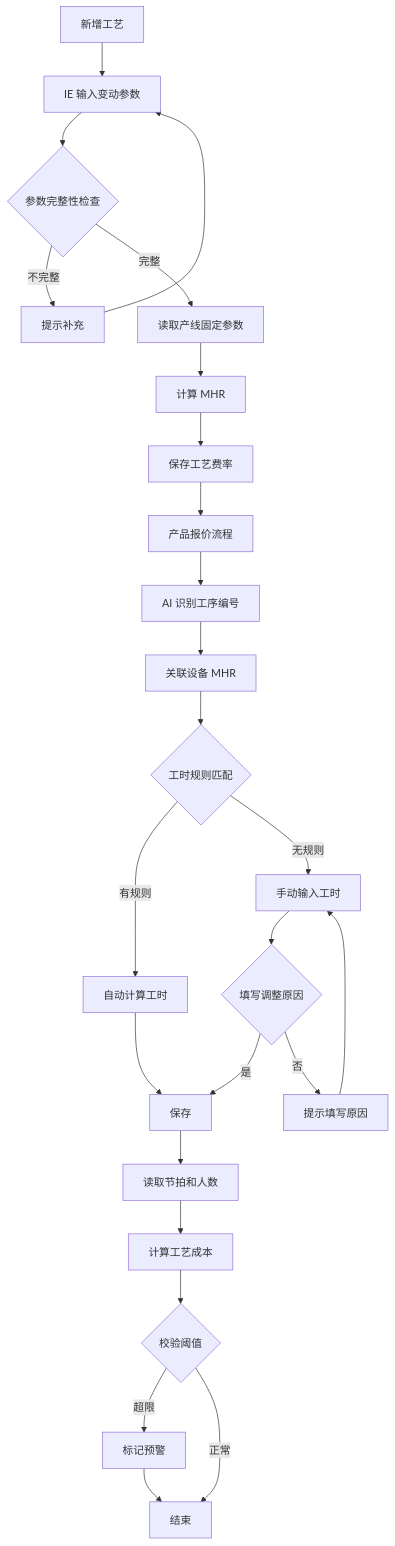
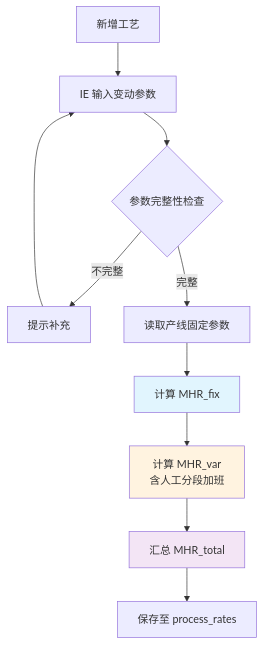
The first of 3 diagrams in docs/工艺成本计算逻辑.md (randyluo85/Quoting-Copilot), drawn with Mermaid before and after one commit. The commit also changed other lines of this file, not shown here.

````diff
--- a/docs/工艺成本计算逻辑.md
+++ b/docs/工艺成本计算逻辑.md
@@ -665,28 +667,16 @@
 ```mermaid
 flowchart TD
     A[新增工艺] --> B[IE 输入变动参数]
     B --> C{参数完整性检查}
     C -->|不完整| D[提示补充]
     D --> B
     C -->|完整| E[读取产线固定参数]
-    E --> F[计算 MHR]
-    F --> G[保存工艺费率]
+    E --> F[计算 MHR_fix]
+    F --> G[计算 MHR_var<br/>含人工分段加班]
+    G --> H[汇总 MHR_total]
+    H --> I[保存至 process_rates]
 
-    G --> H[产品报价流程]
-    H --> I[AI 识别工序编号]
-    I --> J[关联设备 MHR]
-    J --> K{工时规则匹配}
-    K -->|有规则| L[自动计算工时]
-    K -->|无规则| M[手动输入工时]
-    M --> N{填写调整原因}
-    N -->|是| O[保存]
-    N -->|否| P[提示填写原因]
-    L --> O
-    P --> M
-    O --> Q[读取节拍和人数]
-    Q --> R[计算工艺成本]
-    R --> S{校验阈值}
-    S -->|超限| T[标记预警]
-    S -->|正常| U[结束]
-    T --> U
+    style F fill:#e1f5fe
+    style G fill:#fff3e0
+    style H fill:#f3e5f5
 ```
````
